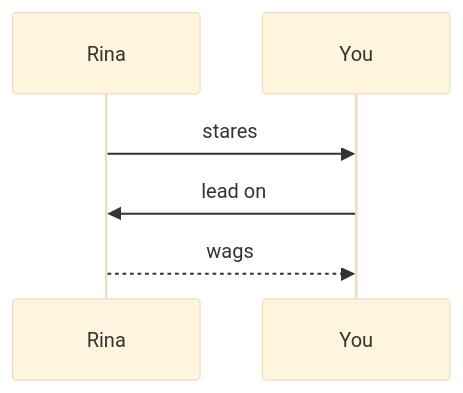
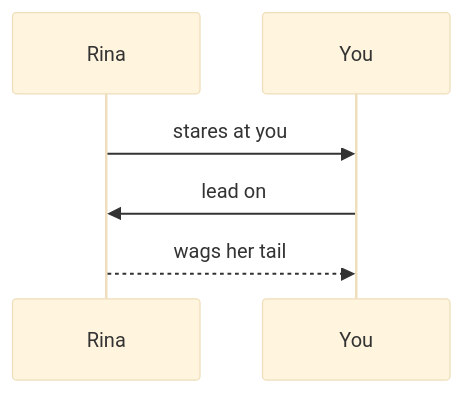
One commit to rgdevment/Tisty changed the fifth of 15 diagrams in app/src-tauri/resources/guide/en/sample.md. Above: the diagram before and after it, drawn with Mermaid (base theme). The commit also changed other lines of this file and 10 other files, not shown here.

````diff
--- a/app/src-tauri/resources/guide/en/sample.md
+++ b/app/src-tauri/resources/guide/en/sample.md
@@ -128,6 +561,6 @@
 ```mermaid
 sequenceDiagram
-  Rina->>You: stares
+  Rina->>You: stares at you
   You->>Rina: lead on
-  Rina-->>You: wags
+  Rina-->>You: wags her tail
 ```
````
